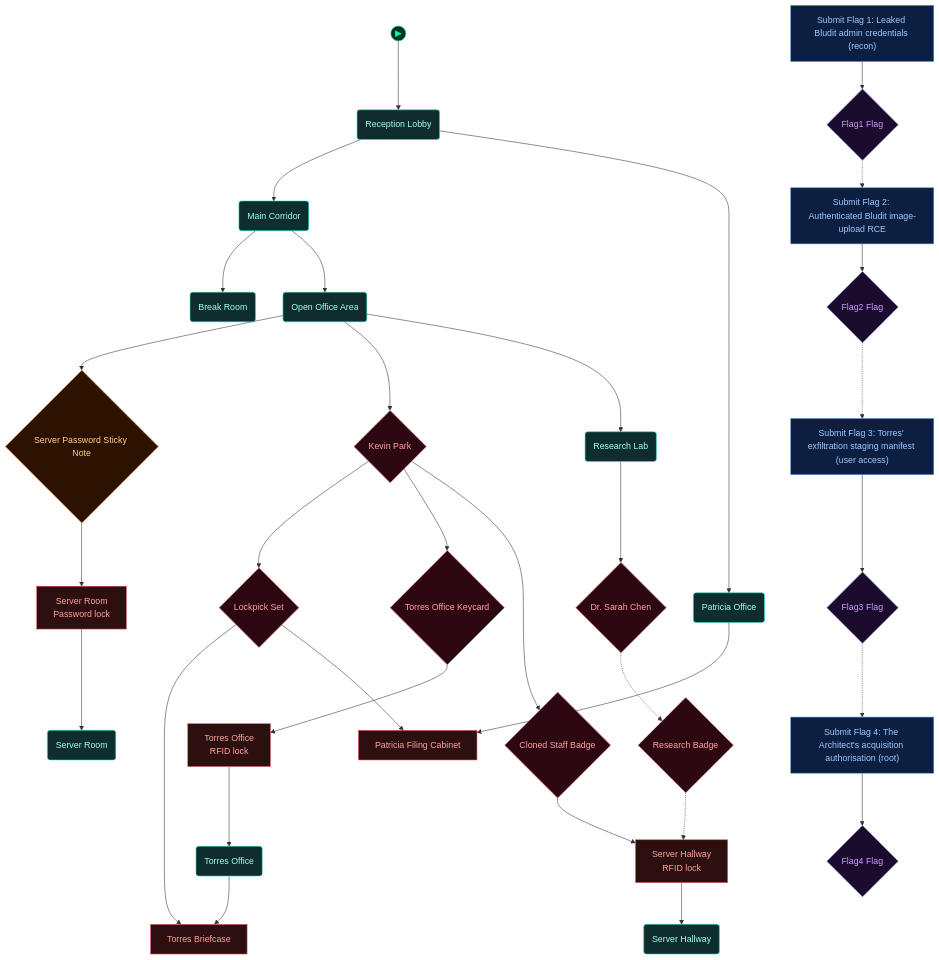
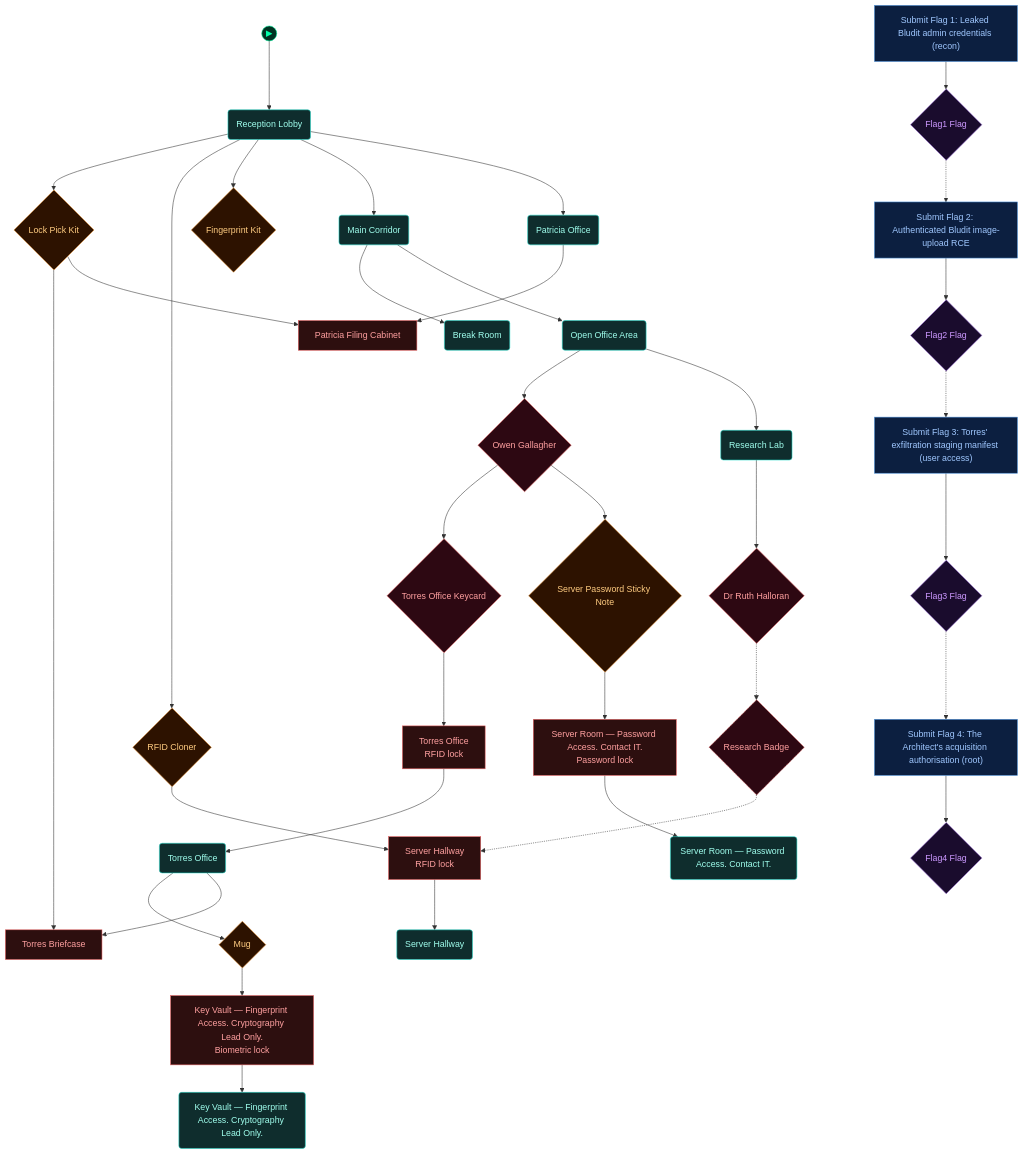
One commit to cliffe/BreakEscape changed the first of 5 diagrams in scenarios/m05_insider_trading/dungeon_graph.md. Above: the diagram before and after it, drawn with Mermaid. The commit also changed other lines of this file and 53 other files, not shown here.

```diff
--- a/scenarios/m05_insider_trading/dungeon_graph.md
+++ b/scenarios/m05_insider_trading/dungeon_graph.md
@@ -71,19 +71,24 @@
 
   door_server_hallway["Server Hallway<br/>RFID lock"]
   server_hallway("Server Hallway")
-  door_server_room["Server Room<br/>Password lock"]
-  server_room("Server Room")
+  door_server_room["Server Room — Password Access. Contact IT.<br/>Password lock"]
+  server_room("Server Room — Password Access. Contact IT.")
   door_torres_office["Torres Office<br/>RFID lock"]
   torres_office("Torres Office")
-  open_office_area("Open Office Area")
-  server_password_sticky_note{"Server Password Sticky Note"}
-  npc_kevin_park{"Kevin Park"}
-  lockpick_set{"Lockpick Set"}
+  door_data_center["Key Vault — Fingerprint Access. Cryptography Lead Only.<br/>Biometric lock"]
+  data_center("Key Vault — Fingerprint Access. Cryptography Lead Only.")
+  reception_lobby("Reception Lobby")
+  lock_pick_kit{"Lock Pick Kit"}
   lock_torres_briefcase["Torres Briefcase"]
   lock_patricia_filing_cabinet["Patricia Filing Cabinet"]
+  rfid_cloner{"RFID Cloner"}
+  fingerprint_kit{"Fingerprint Kit"}
+  npc_owen_gallagher{"Owen Gallagher"}
+  open_office_area("Open Office Area")
   torres_office_keycard{"Torres Office Keycard"}
-  cloned_staff_badge{"Cloned Staff Badge"}
-  npc_dr_sarah_chen{"Dr. Sarah Chen"}
+  server_password_sticky_note{"Server Password Sticky Note"}
+  mug{"Mug"}
+  npc_dr_ruth_halloran{"Dr Ruth Halloran"}
   research_lab("Research Lab")
   research_badge{"Research Badge"}
   vmch_submit_flag1["Submit Flag 1: Leaked Bludit admin credentials (recon)"]
@@ -94,7 +99,6 @@
   vmfl_submit_flag3{"Flag3 Flag"}
   vmch_submit_flag4["Submit Flag 4: The Architect's acquisition authorisation (root)"]
   vmfl_submit_flag4{"Flag4 Flag"}
-  reception_lobby("Reception Lobby")
   main_corridor("Main Corridor")
   patricia_office("Patricia Office")
   break_room("Break Room")
@@ -102,19 +106,23 @@
   door_server_hallway --> server_hallway
   door_server_room --> server_room
   door_torres_office --> torres_office
-  open_office_area --> server_password_sticky_note
+  door_data_center --> data_center
+  reception_lobby --> lock_pick_kit
+  lock_pick_kit --> lock_torres_briefcase
+  lock_pick_kit --> lock_patricia_filing_cabinet
+  reception_lobby --> rfid_cloner
+  rfid_cloner --> door_server_hallway
+  reception_lobby --> fingerprint_kit
+  open_office_area --> npc_owen_gallagher
+  npc_owen_gallagher --> torres_office_keycard
+  torres_office_keycard --> door_torres_office
+  npc_owen_gallagher --> server_password_sticky_note
   server_password_sticky_note --> door_server_room
-  open_office_area --> npc_kevin_park
-  npc_kevin_park --> lockpick_set
-  lockpick_set --> lock_torres_briefcase
-  lockpick_set --> lock_patricia_filing_cabinet
-  npc_kevin_park --> torres_office_keycard
-  torres_office_keycard --> door_torres_office
-  npc_kevin_park --> cloned_staff_badge
-  cloned_staff_badge --> door_server_hallway
+  torres_office --> mug
+  mug --> door_data_center
   torres_office --> lock_torres_briefcase
-  research_lab --> npc_dr_sarah_chen
-  npc_dr_sarah_chen -.-> research_badge
+  research_lab --> npc_dr_ruth_halloran
+  npc_dr_ruth_halloran -.-> research_badge
   research_badge -.-> door_server_hallway
   patricia_office --> lock_patricia_filing_cabinet
   vmch_submit_flag1 --> vmfl_submit_flag1
@@ -130,10 +138,10 @@
   main_corridor --> open_office_area
   open_office_area --> research_lab
 
-  class door_server_hallway,door_server_room,door_torres_office,lock_torres_briefcase,lock_patricia_filing_cabinet lock
-  class server_hallway,server_room,torres_office,open_office_area,research_lab,reception_lobby,main_corridor,patricia_office,break_room room
-  class server_password_sticky_note item
-  class npc_kevin_park,lockpick_set,torres_office_keycard,cloned_staff_badge,npc_dr_sarah_chen,research_badge key
+  class door_server_hallway,door_server_room,door_torres_office,door_data_center,lock_torres_briefcase,lock_patricia_filing_cabinet lock
+  class server_hallway,server_room,torres_office,data_center,reception_lobby,open_office_area,research_lab,main_corridor,patricia_office,break_room room
+  class lock_pick_kit,rfid_cloner,fingerprint_kit,server_password_sticky_note,mug item
+  class npc_owen_gallagher,torres_office_keycard,npc_dr_ruth_halloran,research_badge key
   class vmch_submit_flag1,vmch_submit_flag2,vmch_submit_flag3,vmch_submit_flag4 vm
   class vmfl_submit_flag1,vmfl_submit_flag2,vmfl_submit_flag3,vmfl_submit_flag4 flag
 
```
